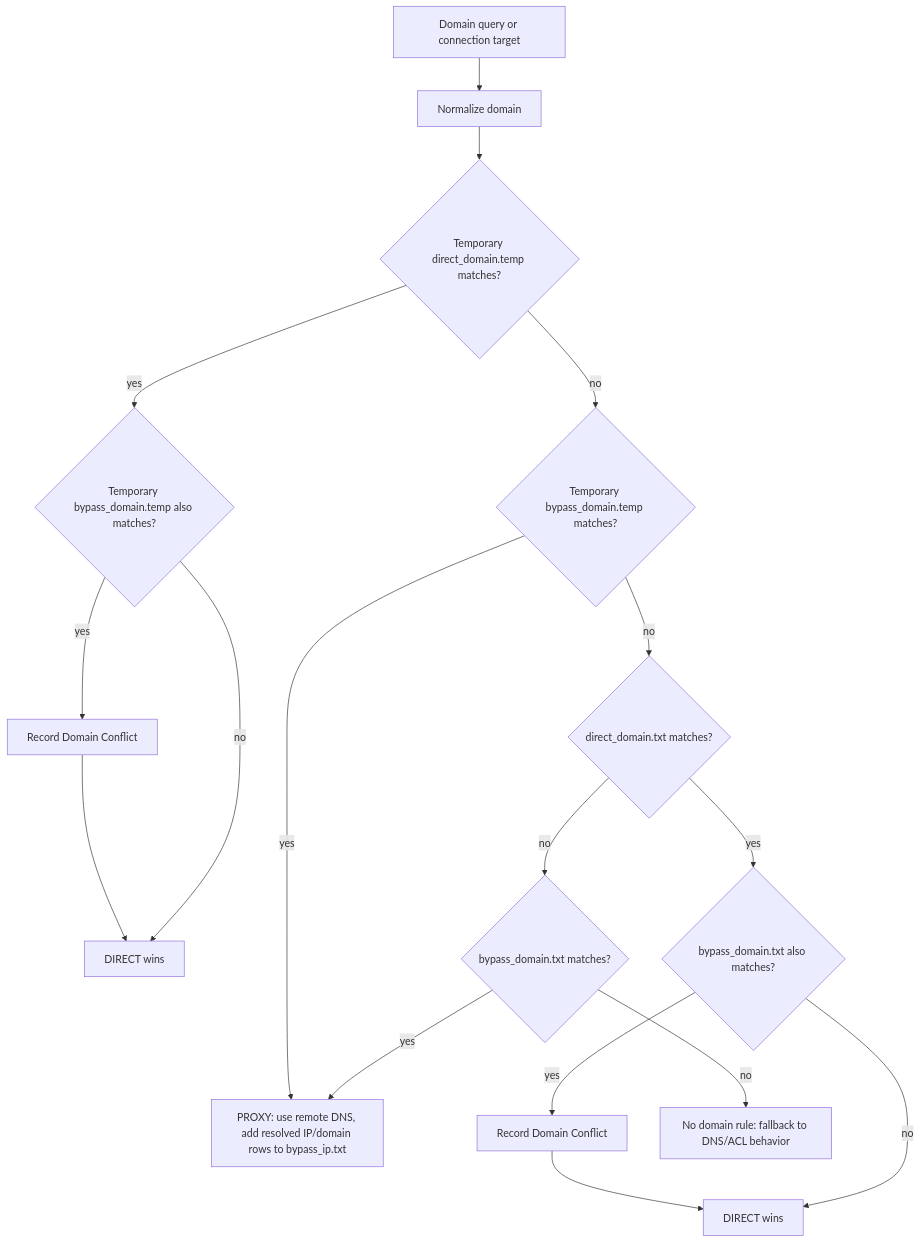
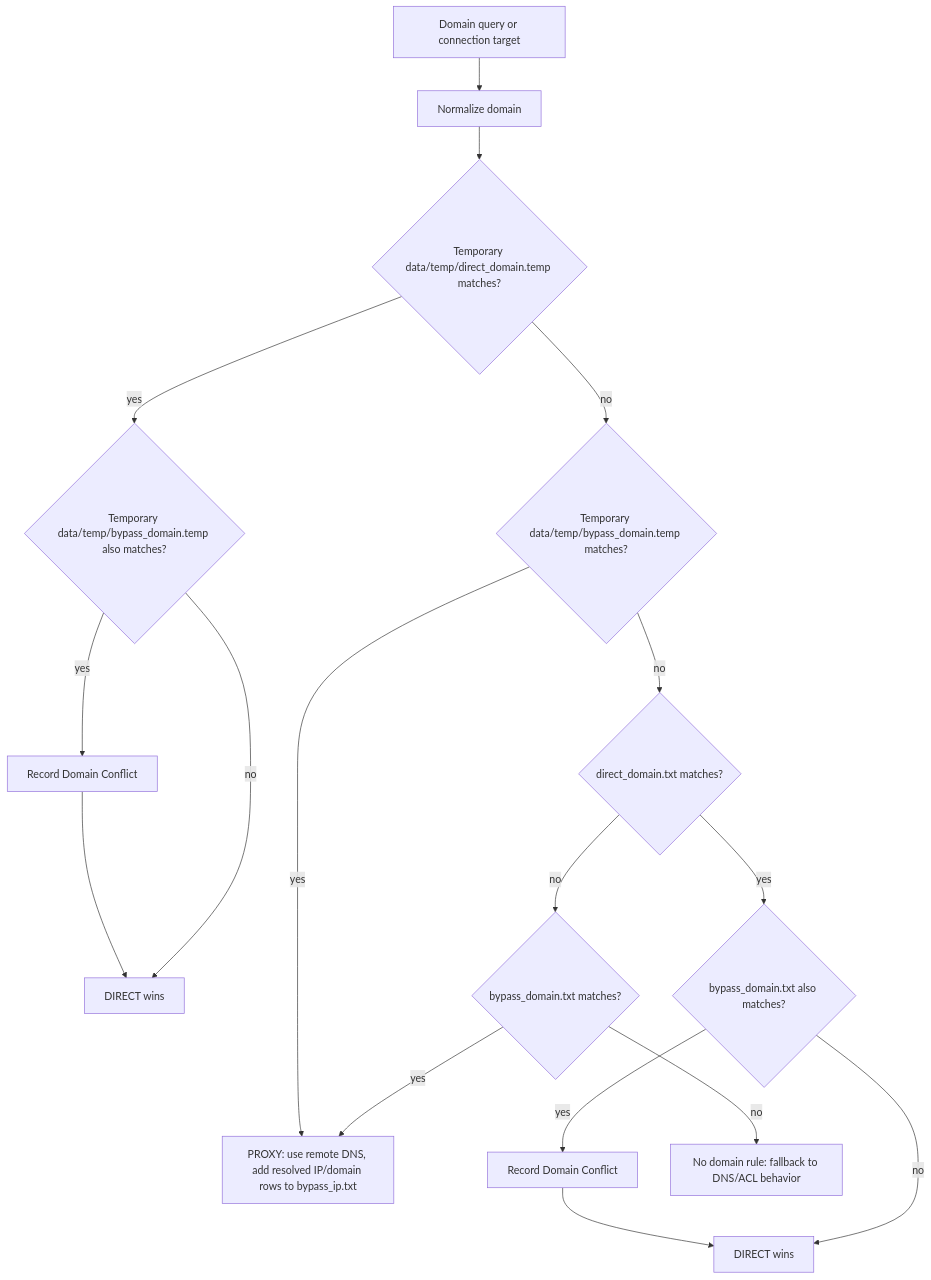
Before and after one commit to xiedeacc/shadowsocks-rust: the first of 6 diagrams in ROUTING_LOGIC_FLOW.md, drawn with Mermaid. The commit also changed other lines of this file and 3 other files, not shown here.

Commit message:
Persist routing temp data under temp directory

````diff
--- a/ROUTING_LOGIC_FLOW.md
+++ b/ROUTING_LOGIC_FLOW.md
@@ -8,19 +8,19 @@
 ```mermaid
 flowchart TD
     A[Domain query or connection target] --> B[Normalize domain]
-    B --> C{Temporary direct_domain.temp matches?}
-    C -- yes --> D{Temporary bypass_domain.temp also matches?}
+    B --> C{Temporary data/temp/direct_domain.temp matches?}
+    C -- yes --> D{Temporary data/temp/bypass_domain.temp also matches?}
     D -- yes --> E[Record Domain Conflict]
     E --> F[DIRECT wins]
     D -- no --> F
-    C -- no --> G{Temporary bypass_domain.temp matches?}
+    C -- no --> G{Temporary data/temp/bypass_domain.temp matches?}
     G -- yes --> H[PROXY: use remote DNS, add resolved IP/domain rows to bypass_ip.txt]
     G -- no --> I{direct_domain.txt matches?}
     I -- yes --> J{bypass_domain.txt also matches?}
     J -- yes --> K[Record Domain Conflict]
     K --> L[DIRECT wins]
     J -- no --> L
     I -- no --> M{bypass_domain.txt matches?}
     M -- yes --> H
     M -- no --> N[No domain rule: fallback to DNS/ACL behavior]
 ```
````
